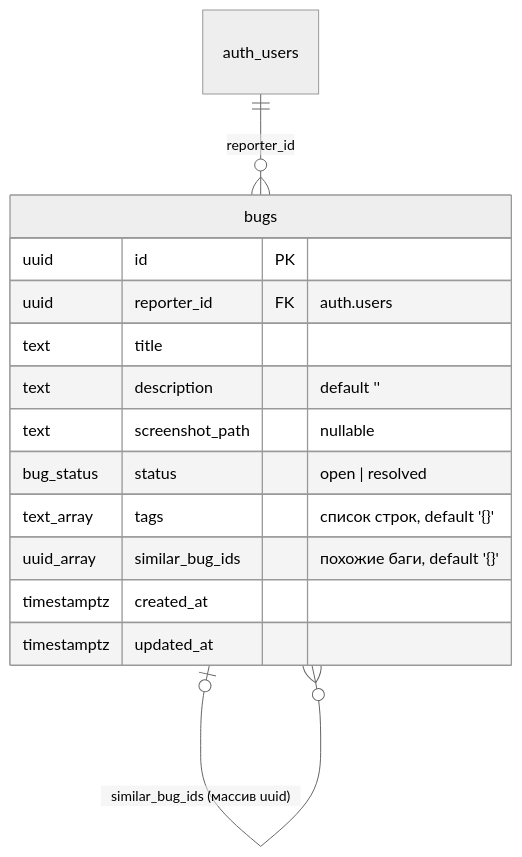
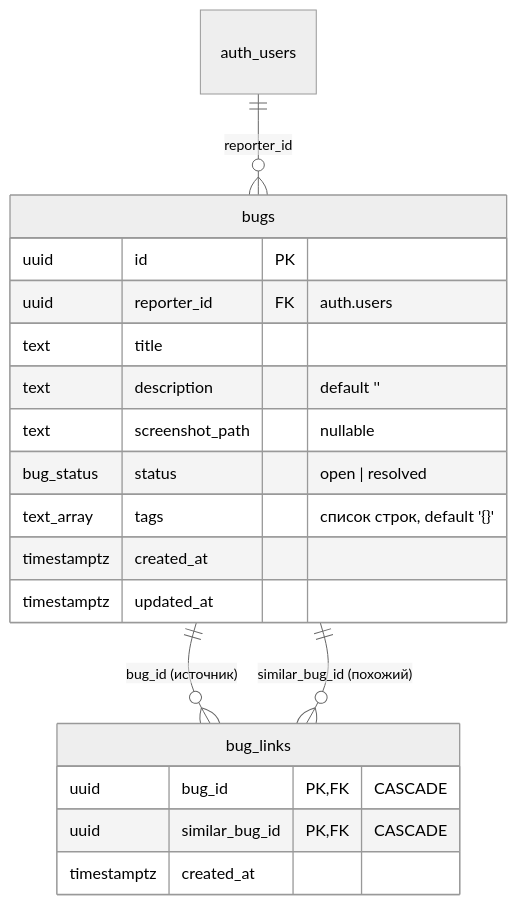
One commit to Atrue/opus-agent-hw changed the diagram in architecture.md. Above: the diagram before and after it, drawn with Mermaid (neutral theme). The commit also changed other lines of this file and 6 other files, not shown here.

Commit message:
feat: migrate similarity links to bug_links table (fk cascade, uniqueness, reverse index)

````diff
--- a/architecture.md
+++ b/architecture.md
@@ -32,18 +32,23 @@
 ```mermaid
 erDiagram
     auth_users ||--o{ bugs : "reporter_id"
-    bugs |o--o{ bugs : "similar_bug_ids (массив uuid)"
+    bugs ||--o{ bug_links : "bug_id (источник)"
+    bugs ||--o{ bug_links : "similar_bug_id (похожий)"
 
     bugs {
         uuid id PK
         uuid reporter_id FK "auth.users"
         text title
         text description "default ''"
         text screenshot_path "nullable"
         bug_status status "open | resolved"
         text_array tags "список строк, default '{}'"
-        uuid_array similar_bug_ids "похожие баги, default '{}'"
         timestamptz created_at
         timestamptz updated_at
     }
+    bug_links {
+        uuid bug_id PK,FK "CASCADE"
+        uuid similar_bug_id PK,FK "CASCADE"
+        timestamptz created_at
+    }
 ```
````
